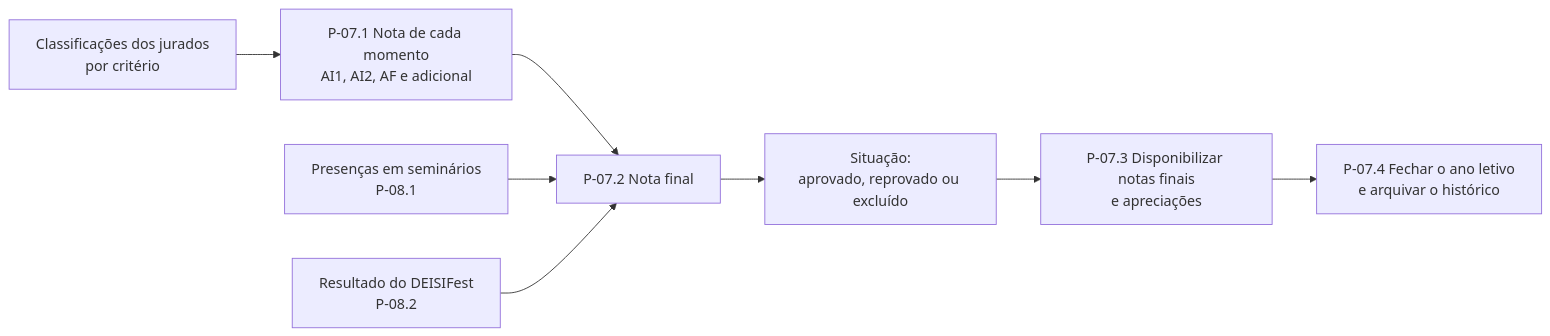
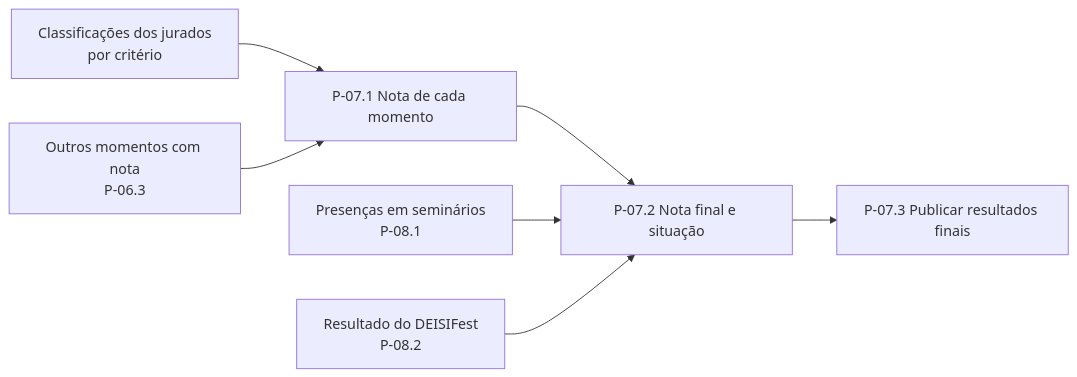
One commit to ULHT-TFC-new/tfc-reporting-DEISI2256 changed the seventh of 7 diagrams in processos.md. Above: the diagram before and after it, drawn with Mermaid. The commit also changed other lines of this file, not shown here.

````diff
--- a/processos.md
+++ b/processos.md
@@ -663,10 +583,9 @@
 ```mermaid
 flowchart LR
-    A[Classificações dos jurados<br/>por critério] --> B[P-07.1 Nota de cada momento<br/>AI1, AI2, AF e adicional]
-    B --> C[P-07.2 Nota final]
+    A[Classificações dos jurados<br/>por critério] --> B[P-07.1 Nota de cada momento]
+    O[Outros momentos com nota<br/>P-06.3] --> B
+    B --> C[P-07.2 Nota final e situação]
     D[Presenças em seminários<br/>P-08.1] --> C
     E[Resultado do DEISIFest<br/>P-08.2] --> C
-    C --> F[Situação:<br/>aprovado, reprovado ou excluído]
-    F --> G[P-07.3 Disponibilizar notas finais<br/>e apreciações]
-    G --> H[P-07.4 Fechar o ano letivo<br/>e arquivar o histórico]
+    C --> F[P-07.3 Publicar resultados finais]
 ```
````
